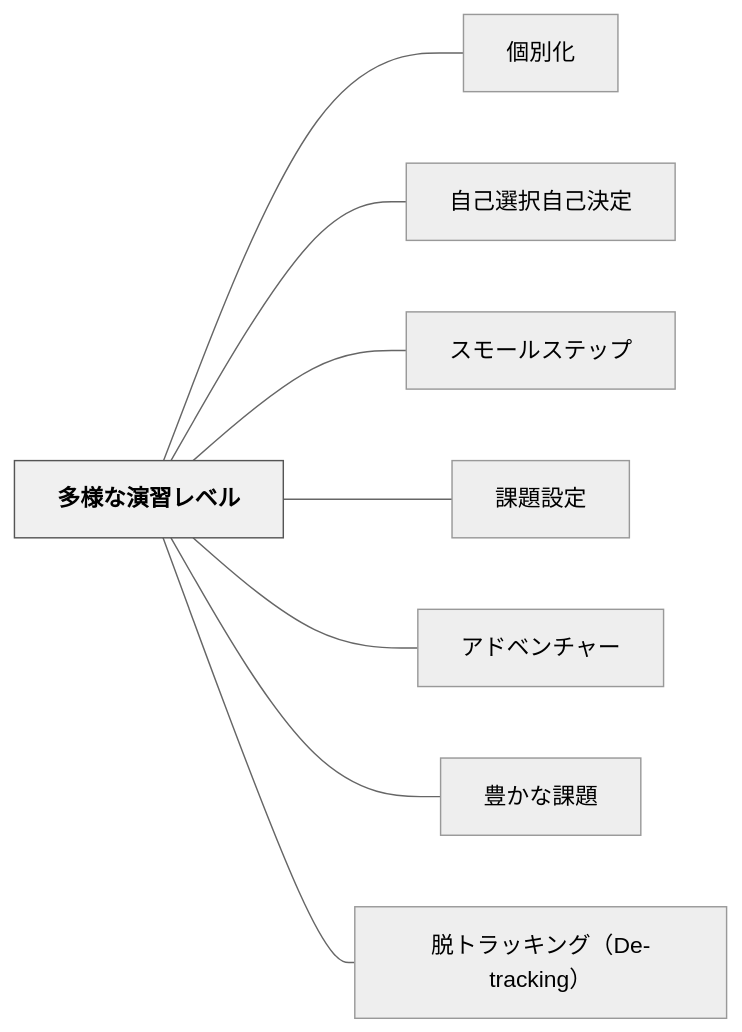
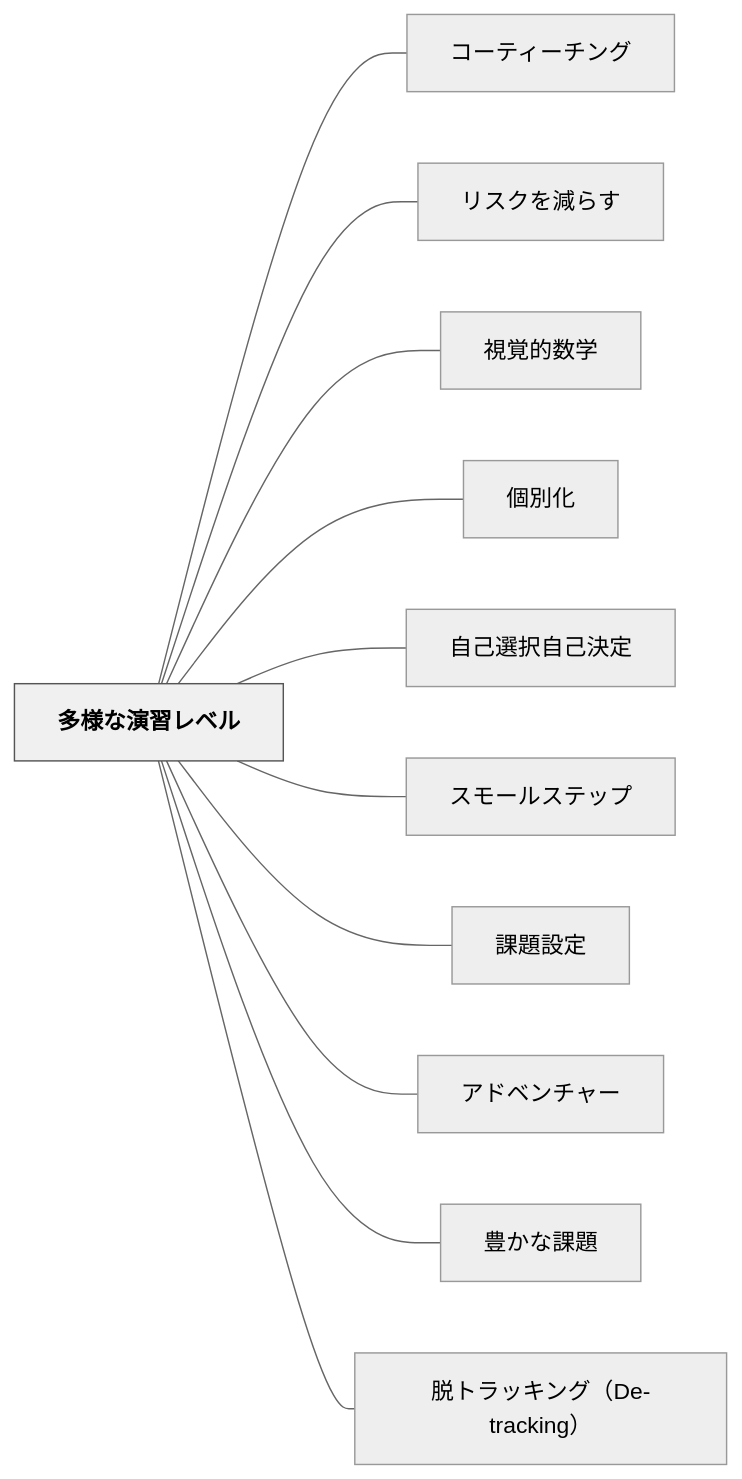
Before and after one commit to unknownthings-ed-patterns/unknownthings-ed-patterns: the diagram in content/パタン/多様な演習レベル.md, drawn with Mermaid (neutral theme). The commit also changed other lines of this file and 473 other files, not shown here.

````diff
--- a/content/パタン/多様な演習レベル.md
+++ b/content/パタン/多様な演習レベル.md
@@ -95,22 +98,28 @@
 ```mermaid
 flowchart LR
     ne5a49ae6a798["多様な演習レベル"]
+    ne382b3e383bc["コーティーチング"]
+    ne383aae382b9["リスクを減らす"]
+    ne8a696e8a69a["視覚的数学"]
     ne5808be588a5["個別化"]
     ne887aae5b7b1["自己選択自己決定"]
     ne382b9e383a2["スモールステップ"]
     ne8aab2e9a18c["課題設定"]
     ne382a2e38389["アドベンチャー"]
     ne8b18ae3818b["豊かな課題"]
     ne884b1e38388["脱トラッキング（De-tracking）"]
 
+    ne5a49ae6a798 --- ne382b3e383bc
+    ne5a49ae6a798 --- ne383aae382b9
+    ne5a49ae6a798 --- ne8a696e8a69a
     ne5a49ae6a798 --- ne5808be588a5
     ne5a49ae6a798 --- ne887aae5b7b1
     ne5a49ae6a798 --- ne382b9e383a2
     ne5a49ae6a798 --- ne8aab2e9a18c
     ne5a49ae6a798 --- ne382a2e38389
     ne5a49ae6a798 --- ne8b18ae3818b
     ne5a49ae6a798 --- ne884b1e38388
 
     classDef hub fill:#f0f0f0,stroke:#555,color:#000,font-weight:bold
     class ne5a49ae6a798 hub
 ```
````
